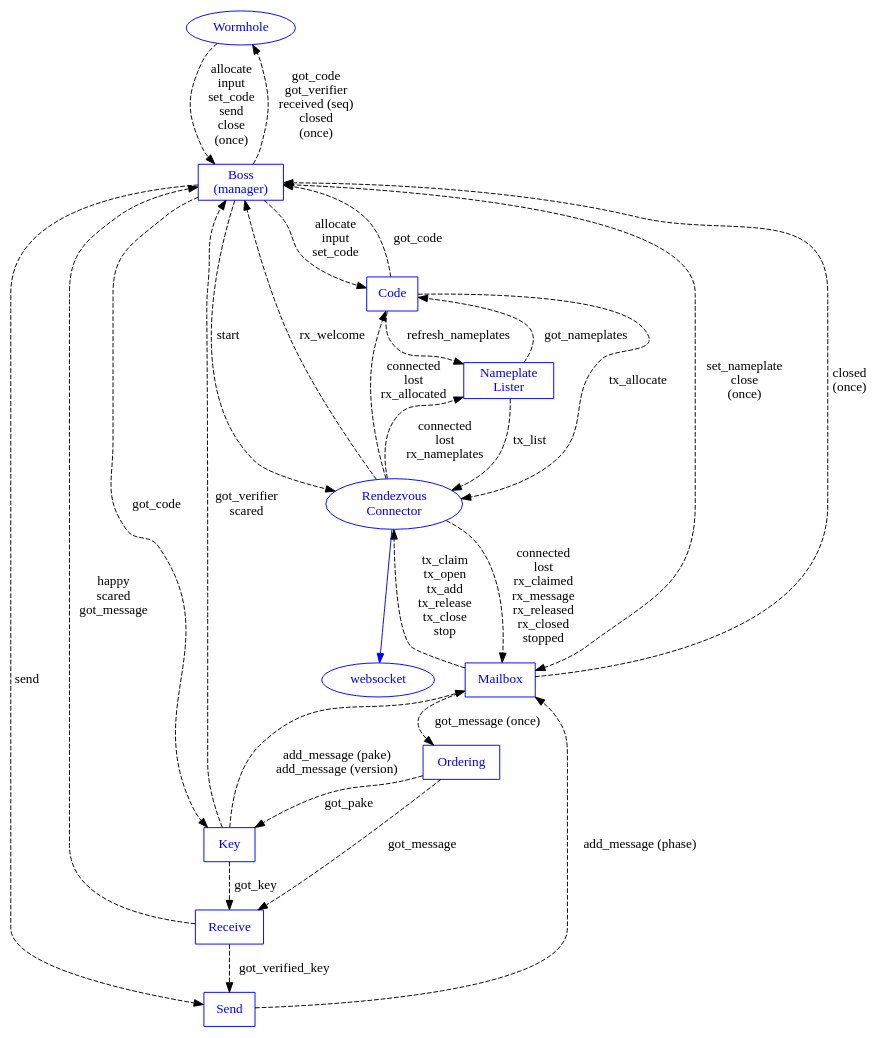
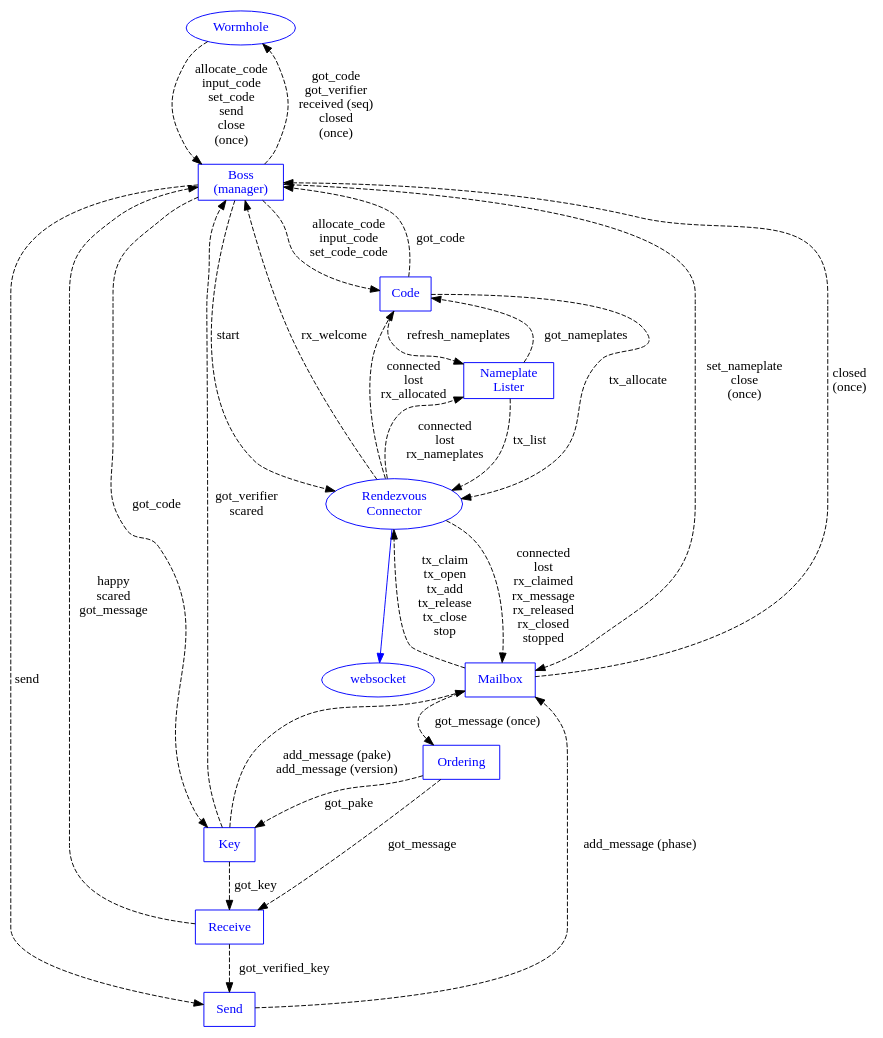
One commit to magic-wormhole/magic-wormhole changed the diagram in docs/machines.dot. Above: the diagram before and after it, drawn with Graphviz. The commit also changed 5 other files, not shown here.

```diff
--- a/docs/machines.dot
+++ b/docs/machines.dot
@@ -1,82 +1,82 @@
 digraph {
         Wormhole [shape="oval" color="blue" fontcolor="blue"]
         Boss [shape="box" label="Boss\n(manager)"
                   color="blue" fontcolor="blue"]
         Mailbox [shape="box" color="blue" fontcolor="blue"]
         Connection [label="Rendezvous\nConnector"
                     shape="oval" color="blue" fontcolor="blue"]
         websocket [color="blue" fontcolor="blue"]
         Order [shape="box" label="Ordering" color="blue" fontcolor="blue"]
         Key [shape="box" label="Key" color="blue" fontcolor="blue"]
         Send [shape="box" label="Send" color="blue" fontcolor="blue"]
         Receive [shape="box" label="Receive" color="blue" fontcolor="blue"]
         Code [shape="box" label="Code" color="blue" fontcolor="blue"]
         Nameplates [shape="box" label="Nameplate\nLister"
                     color="blue" fontcolor="blue"
                     ]
 
         Connection -> websocket [color="blue"]
         #Connection -> Order [color="blue"]
 
-        Wormhole -> Boss [style="dashed" label="allocate\ninput\nset_code\nsend\nclose\n(once)"]
+        Wormhole -> Boss [style="dashed" label="allocate_code\ninput_code\nset_code\nsend\nclose\n(once)"]
         #Wormhole -> Boss [color="blue"]
         Boss -> Wormhole [style="dashed" label="got_code\ngot_verifier\nreceived (seq)\nclosed\n(once)"]
 
         #Boss -> Connection [color="blue"]
         Boss -> Connection [style="dashed" label="start"]
         Connection -> Boss [style="dashed" label="rx_welcome"]
 
         Boss -> Send [style="dashed" label="send"]
 
         Boss -> Mailbox [style="dashed"
                              label="set_nameplate\nclose\n(once)"
                              ]
         #Boss -> Mailbox [color="blue"]
         Mailbox -> Boss [style="dashed" label="closed\n(once)"]
         Mailbox -> Order [style="dashed" label="got_message (once)"]
         Boss -> Key [style="dashed" label="got_code"]
         Key -> Boss [style="dashed" label="got_verifier\nscared"]
         Order -> Key [style="dashed" label="got_pake"]
         Order -> Receive [style="dashed" label="got_message"]
         #Boss -> Key [color="blue"]
         Key -> Mailbox [style="dashed" label="add_message (pake)\nadd_message (version)"]
         Receive -> Send [style="dashed" label="got_verified_key"]
         Send -> Mailbox [style="dashed" label="add_message (phase)"]
 
         Key -> Receive [style="dashed" label="got_key"]
         Receive -> Boss [style="dashed"
                              label="happy\nscared\ngot_message"]
 
         Mailbox -> Connection [style="dashed"
                                label="tx_claim\ntx_open\ntx_add\ntx_release\ntx_close\nstop"
                                ]
         Connection -> Mailbox [style="dashed"
                                label="connected\nlost\nrx_claimed\nrx_message\nrx_released\nrx_closed\nstopped"]
 
         Connection -> Nameplates [style="dashed"
                                   label="connected\nlost\nrx_nameplates"
                                   ]
         Nameplates -> Connection [style="dashed"
                                   label="tx_list"
                                   ]
 
         #Boss -> Code [color="blue"]
         Connection -> Code [style="dashed"
                             label="connected\nlost\nrx_allocated"]
         Code -> Connection [style="dashed"
                             label="tx_allocate"
                             ]
         Nameplates -> Code [style="dashed"
                             label="got_nameplates"
                             ]
         #Code -> Nameplates [color="blue"]
         Code -> Nameplates [style="dashed"
                             label="refresh_nameplates"
                             ]
         Boss -> Code [style="dashed"
-                      label="allocate\ninput\nset_code"]
+                      label="allocate_code\ninput_code\nset_code_code"]
         Code -> Boss [style="dashed"
                       label="got_code"]
 
 
 }
```
